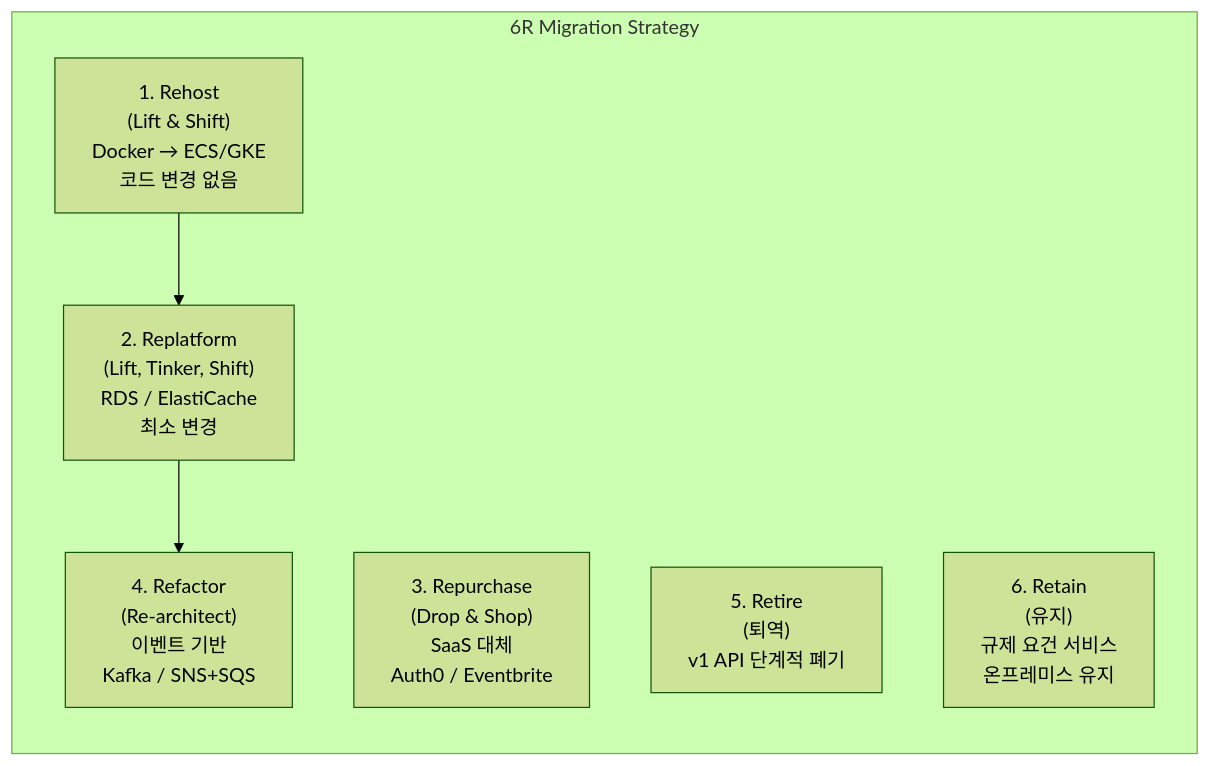
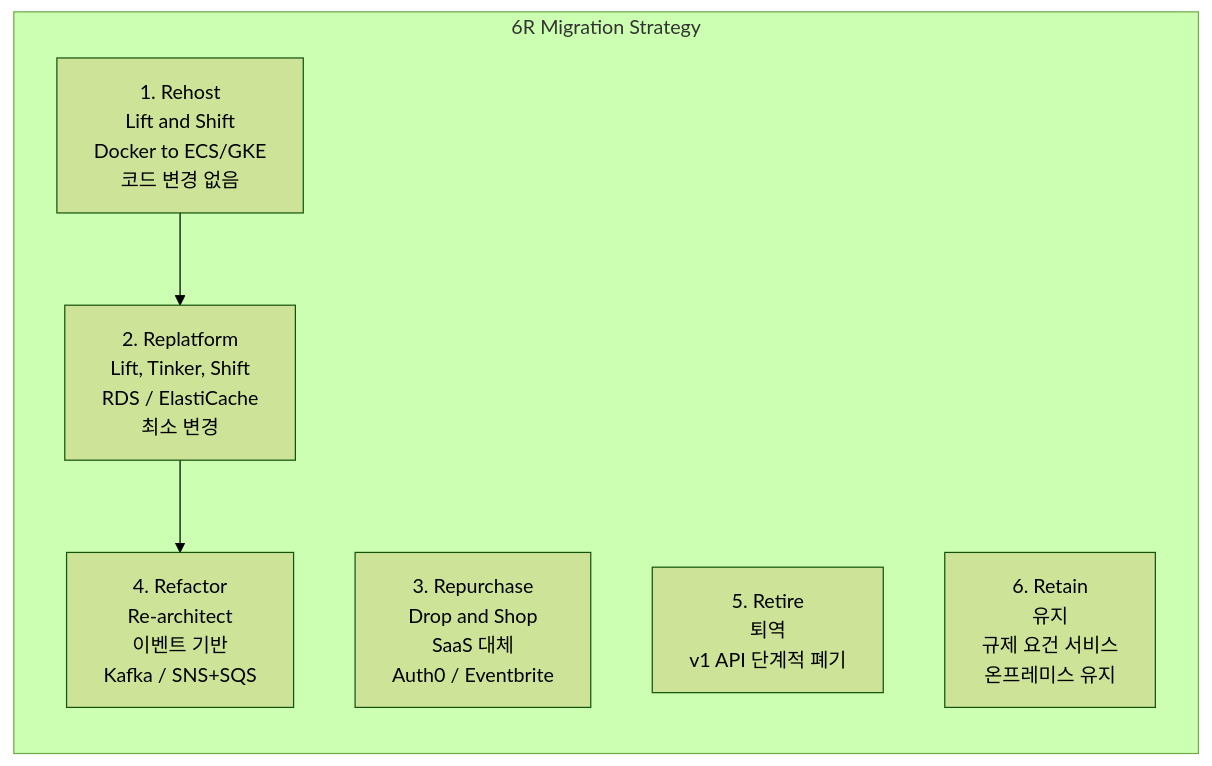
Diagram 16 of 23 in docs/ARCHITECTURE.md (janghoesoo1/pact-conference-demo-phase1), drawn with Mermaid (forest theme) before and after one commit. The commit also changed other lines of this file and 6 other files, not shown here.

````diff
--- a/docs/ARCHITECTURE.md
+++ b/docs/ARCHITECTURE.md
@@ -1138,13 +1130,13 @@
 ```mermaid
 graph LR
     subgraph "6R Migration Strategy"
-        RH["1. Rehost\n(Lift & Shift)\nDocker → ECS/GKE\n코드 변경 없음"]
-        RP["2. Replatform\n(Lift, Tinker, Shift)\nRDS / ElastiCache\n최소 변경"]
-        RPU["3. Repurchase\n(Drop & Shop)\nSaaS 대체\nAuth0 / Eventbrite"]
-        RF["4. Refactor\n(Re-architect)\n이벤트 기반\nKafka / SNS+SQS"]
-        RT["5. Retire\n(퇴역)\nv1 API 단계적 폐기"]
-        RN["6. Retain\n(유지)\n규제 요건 서비스\n온프레미스 유지"]
+        RH["1. Rehost<br/>Lift and Shift<br/>Docker to ECS/GKE<br/>코드 변경 없음"]
+        RP["2. Replatform<br/>Lift, Tinker, Shift<br/>RDS / ElastiCache<br/>최소 변경"]
+        RPU["3. Repurchase<br/>Drop and Shop<br/>SaaS 대체<br/>Auth0 / Eventbrite"]
+        RF["4. Refactor<br/>Re-architect<br/>이벤트 기반<br/>Kafka / SNS+SQS"]
+        RT["5. Retire<br/>퇴역<br/>v1 API 단계적 폐기"]
+        RN["6. Retain<br/>유지<br/>규제 요건 서비스<br/>온프레미스 유지"]
     end
 
     RH --> RP --> RF
 ```
````
